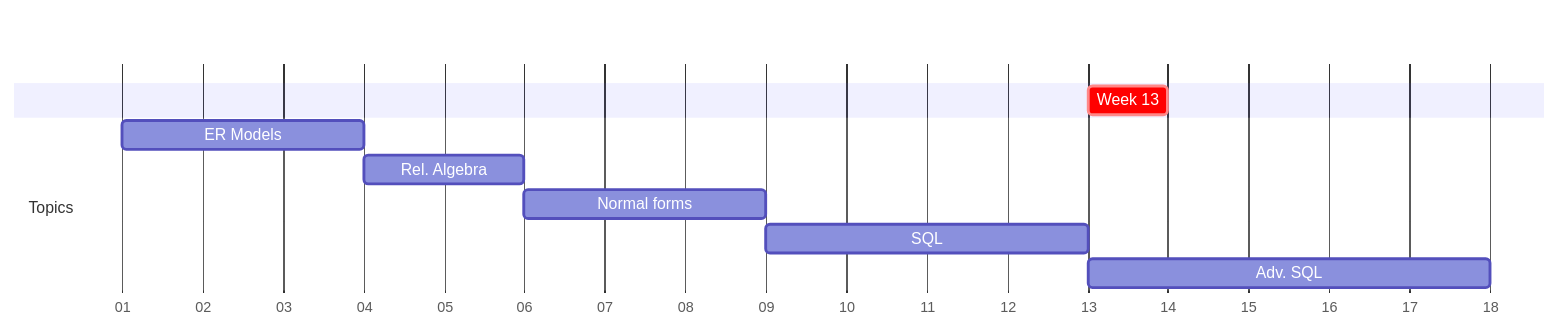
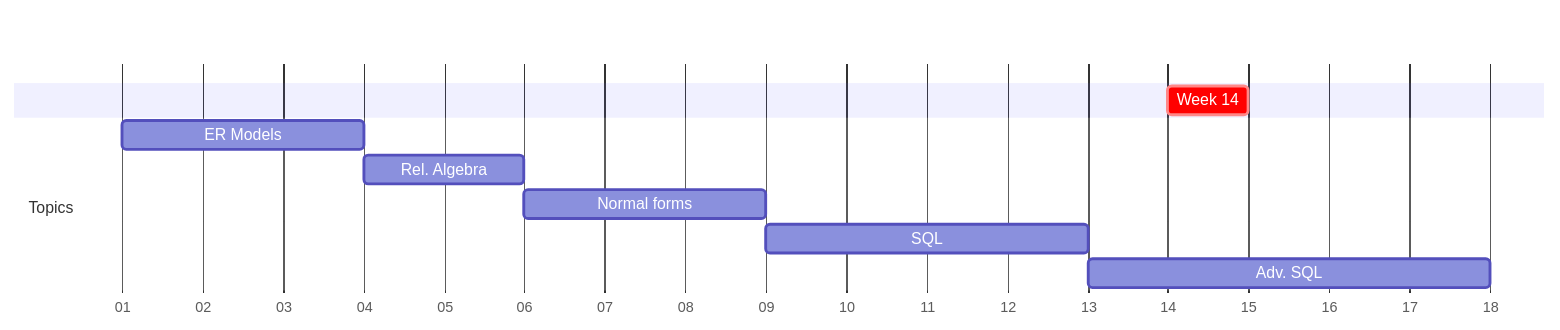
The diagram in fa2024/lectures/week-mermaid.mmd (lowkeylabs/cmsc408-course-admin), drawn with Mermaid before and after one commit. The commit also changed 56 other files, not shown here.

```diff
--- a/fa2024/lectures/week-mermaid.mmd
+++ b/fa2024/lectures/week-mermaid.mmd
@@ -1,14 +1,14 @@
 
 gantt
     dateFormat  M/DD/YYYY
     axisFormat  %W
 
     section    
-    Week 13 : crit, weekblock, 3/31/2024, 1w
+    Week 14 : crit, weekblock, 4/7/2024, 1w
 
     section Topics
     ER Models : m1, 1/7/2024, 3w
     Rel. Algebra: m4, after m1, 2w
     Normal forms: m5, after m4, 3w
     SQL : m6, after m5, 4w
     Adv. SQL: m7, after m6, 5w
```
